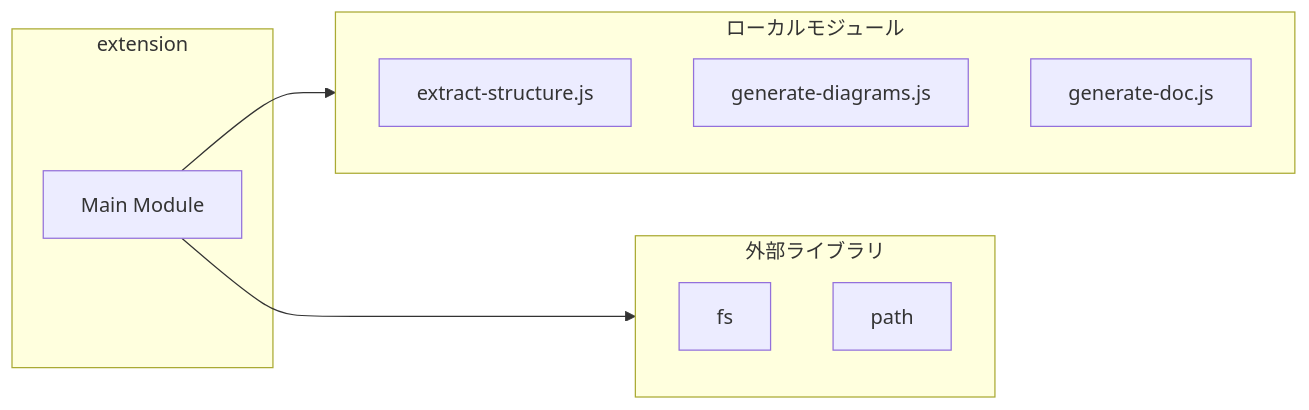
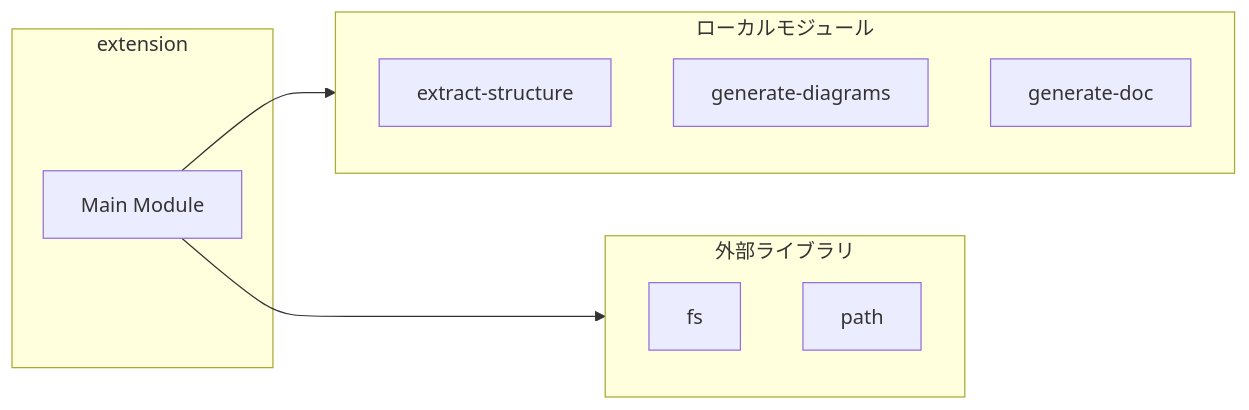
Before and after one commit to Mekann2904/mekann: the second of 4 diagrams in ABDD/.pi/extensions/code-structure-analyzer/extension.md, drawn with Mermaid. The commit also changed other lines of this file and 174 other files, not shown here.

First line of the commit message:
fix(docs): ABDDのMermaid図生成エラーを修正する

````diff
--- a/ABDD/.pi/extensions/code-structure-analyzer/extension.md
+++ b/ABDD/.pi/extensions/code-structure-analyzer/extension.md
@@ -62,17 +62,17 @@
 ```mermaid
 flowchart LR
   subgraph this[extension]
     main[Main Module]
   end
   subgraph local[ローカルモジュール]
-    extract_structure_js["extract-structure.js"]
-    generate_diagrams_js["generate-diagrams.js"]
-    generate_doc_js["generate-doc.js"]
+    extract_structure["extract-structure"]
+    generate_diagrams["generate-diagrams"]
+    generate_doc["generate-doc"]
   end
   main --> local
   subgraph external[外部ライブラリ]
     fs["fs"]
     path["path"]
   end
   main --> external
 ```
````
